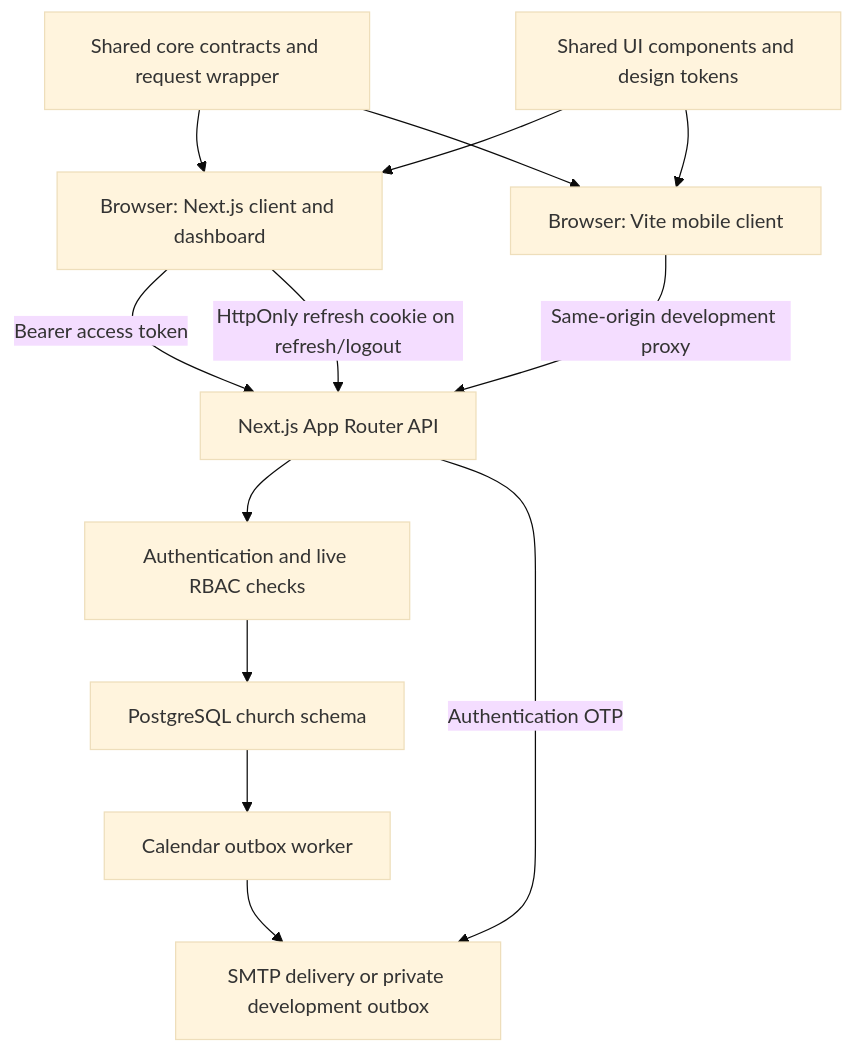
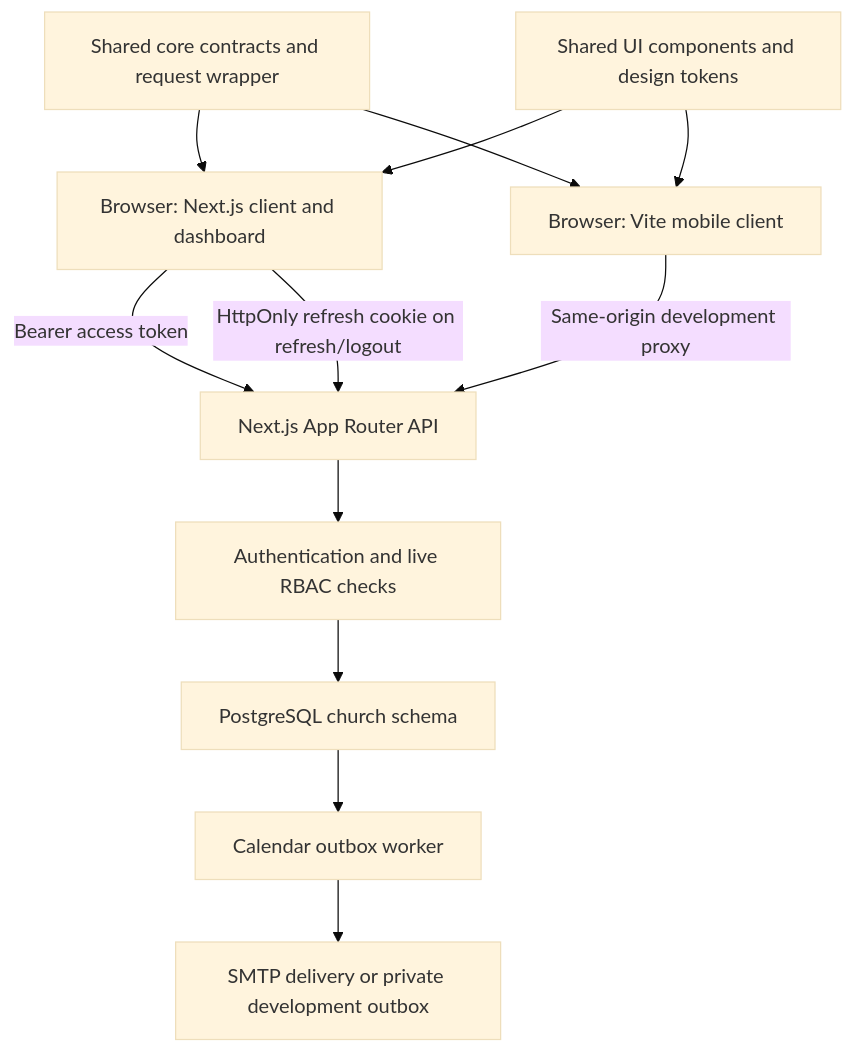
Before and after one commit to nguyentruongky/httlsg: the diagram in README.md, drawn with Mermaid (base theme). The commit also changed other lines of this file and 50 other files, not shown here.

````diff
--- a/README.md
+++ b/README.md
@@ -58,15 +56,15 @@
 ```mermaid
 flowchart TD
     A[Browser: Next.js client and dashboard] -->|Bearer access token| C[Next.js App Router API]
     B[Browser: Vite mobile client] -->|Same-origin development proxy| C
     C --> D[Authentication and live RBAC checks]
     D --> E[PostgreSQL church schema]
-    C -->|Authentication OTP| F[SMTP delivery or private development outbox]
+    F[SMTP delivery or private development outbox]
     E --> I[Calendar outbox worker]
     I --> F
     G[Shared core contracts and request wrapper] --> A
     G --> B
     H[Shared UI components and design tokens] --> A
     H --> B
     A -->|HttpOnly refresh cookie on refresh/logout| C
 ```
````
